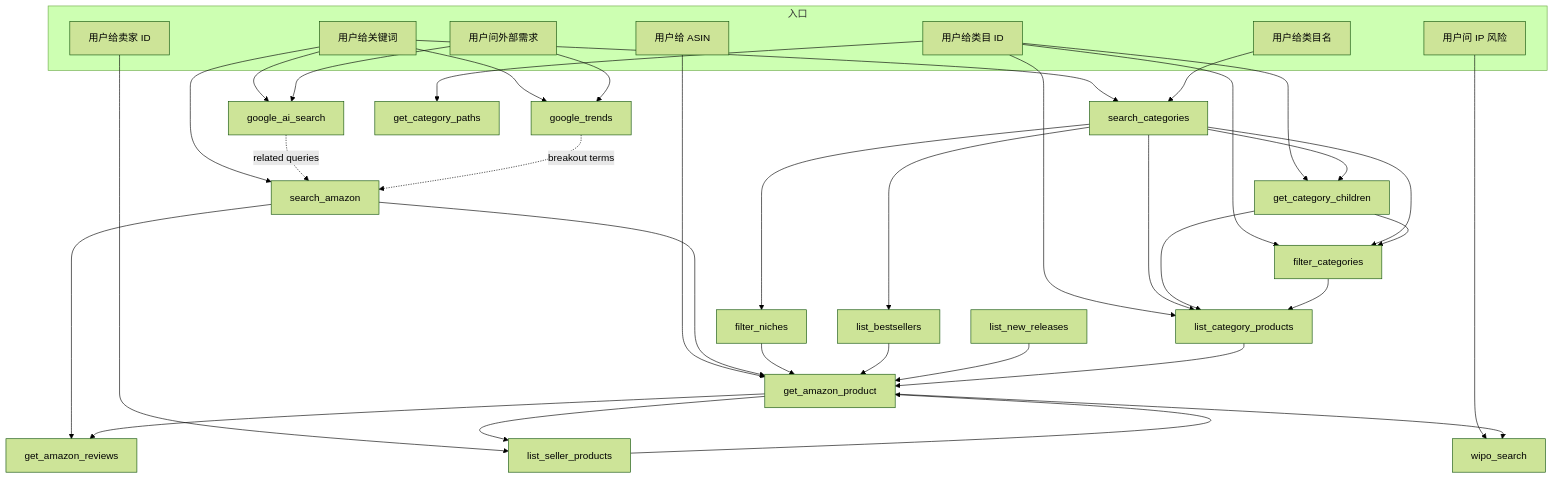
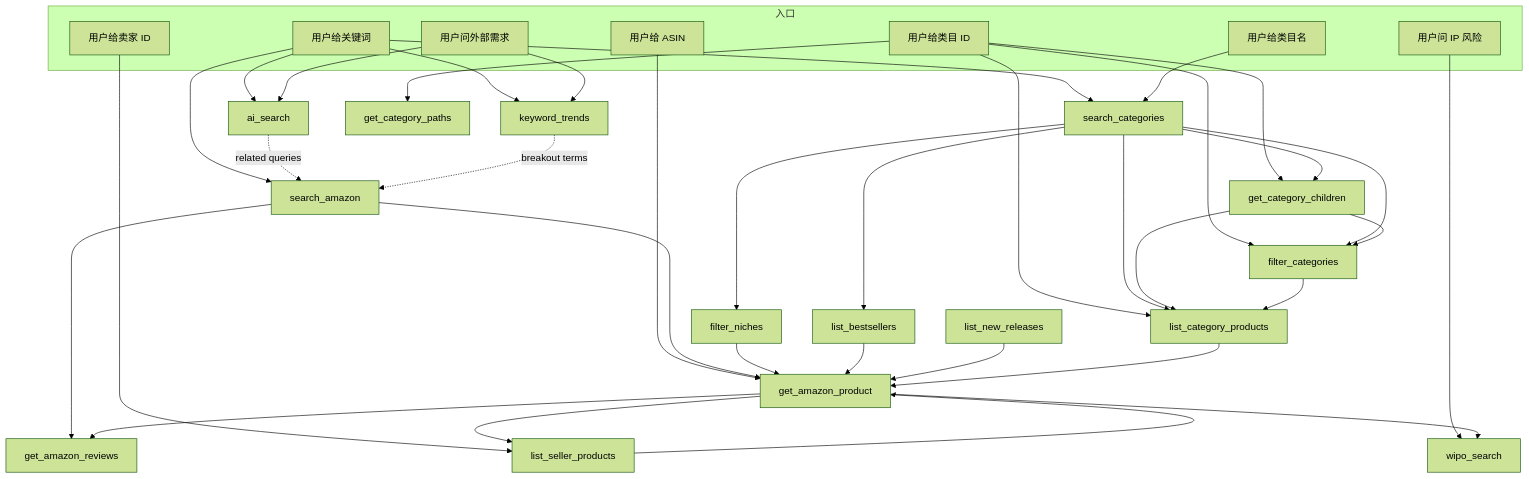
Before and after one commit to pangolinfo/pangolinfo-mcp: the diagram in MCP-TOOLS-MAP.md, drawn with Mermaid (forest theme). The commit also changed other lines of this file and 7 other files, not shown here.

````diff
--- a/MCP-TOOLS-MAP.md
+++ b/MCP-TOOLS-MAP.md
@@ -58,55 +59,55 @@
 ```mermaid
 graph TD
     subgraph Entry [入口]
         Q1["用户给关键词"]
         Q2["用户给 ASIN"]
         Q3["用户给类目名"]
         Q4["用户给类目 ID"]
         Q5["用户给卖家 ID"]
         Q6["用户问外部需求"]
         Q7["用户问 IP 风险"]
     end
 
     Q1 --> SA["search_amazon"]
     Q1 --> SC["search_categories"]
-    Q1 --> GT["google_trends"]
-    Q1 --> GAS["google_ai_search"]
+    Q1 --> GT["keyword_trends"]
+    Q1 --> GAS["ai_search"]
 
     Q2 --> GAP["get_amazon_product"]
     Q3 --> SC
     Q4 --> LCP["list_category_products"]
     Q4 --> FC["filter_categories"]
     Q4 --> GCC["get_category_children"]
     Q4 --> GCP["get_category_paths"]
     Q5 --> LSP["list_seller_products"]
     Q6 --> GT
     Q6 --> GAS
     Q7 --> WIPO["wipo_search"]
 
     SA --> GAP
     SA --> GAR["get_amazon_reviews"]
 
     SC --> FN["filter_niches"]
     SC --> FC
     SC --> LCP
     SC --> LB["list_bestsellers"]
     SC --> GCC
 
     GCC --> LCP
     GCC --> FC
 
     FC --> LCP
     FN --> GAP
 
     LB --> GAP
     LNR["list_new_releases"] --> GAP
     LCP --> GAP
     LSP --> GAP
 
     GAP --> GAR
     GAP --> LSP
     GAP --> WIPO
 
     GAS -.related queries.-> SA
     GT -.breakout terms.-> SA
 ```
````
